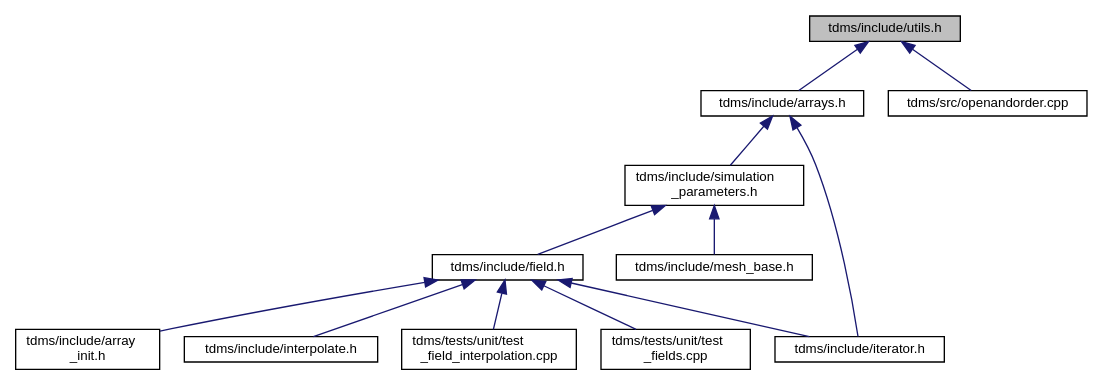
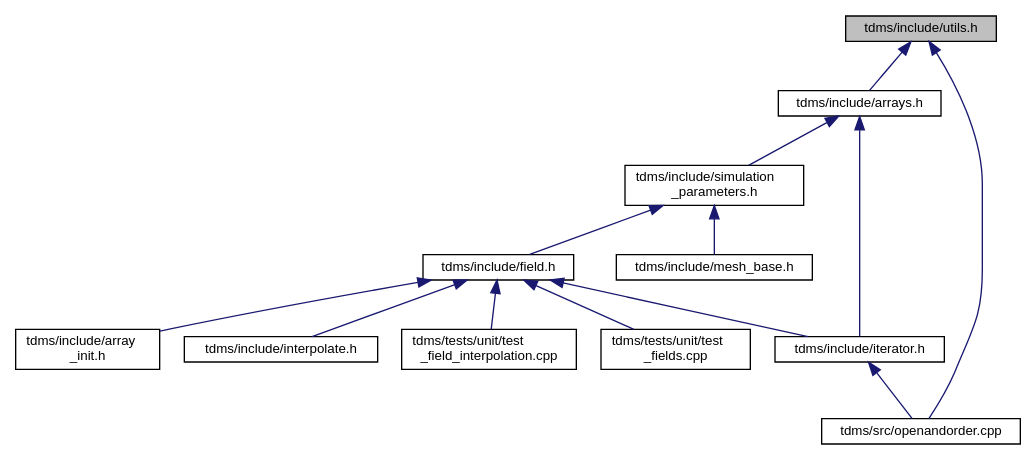
The diagram in utils_8h__dep__incl.dot (UCL/TDMS), drawn with Graphviz before and after one commit. The commit also changed 104 other files, not shown here.

```diff
--- a/utils_8h__dep__incl.dot
+++ b/utils_8h__dep__incl.dot
@@ -1,28 +1,29 @@
 digraph "tdms/include/utils.h"
 {
  // LATEX_PDF_SIZE
   edge [fontname="Helvetica",fontsize="10",labelfontname="Helvetica",labelfontsize="10"];
   node [fontname="Helvetica",fontsize="10",shape=record];
   Node1 [label="tdms/include/utils.h",height=0.2,width=0.4,color="black", fillcolor="grey75", style="filled", fontcolor="black",tooltip="Useful miscellaneous utility functions."];
   Node1 -> Node2 [dir="back",color="midnightblue",fontsize="10",style="solid",fontname="Helvetica"];
   Node2 [label="tdms/include/arrays.h",height=0.2,width=0.4,color="black", fillcolor="white", style="filled",URL="$arrays_8h.html",tooltip="Classes describing arrays, vertices etc."];
   Node2 -> Node3 [dir="back",color="midnightblue",fontsize="10",style="solid",fontname="Helvetica"];
   Node3 [label="tdms/include/simulation\l_parameters.h",height=0.2,width=0.4,color="black", fillcolor="white", style="filled",URL="$simulation__parameters_8h.html",tooltip="Classes collecting parameters for the simulation."];
   Node3 -> Node4 [dir="back",color="midnightblue",fontsize="10",style="solid",fontname="Helvetica"];
   Node4 [label="tdms/include/field.h",height=0.2,width=0.4,color="black", fillcolor="white", style="filled",URL="$field_8h.html",tooltip="Classes for the electric and magnetic (split) fields on a grid."];
   Node4 -> Node5 [dir="back",color="midnightblue",fontsize="10",style="solid",fontname="Helvetica"];
   Node5 [label="tdms/include/array\l_init.h",height=0.2,width=0.4,color="black", fillcolor="white", style="filled",URL="$array__init_8h.html",tooltip="A collection of functions for array initialisation given MATLAB pointers."];
   Node4 -> Node6 [dir="back",color="midnightblue",fontsize="10",style="solid",fontname="Helvetica"];
   Node6 [label="tdms/include/interpolate.h",height=0.2,width=0.4,color="black", fillcolor="white", style="filled",URL="$interpolate_8h.html",tooltip="Interpolation of field values within FDTD grid."];
   Node4 -> Node7 [dir="back",color="midnightblue",fontsize="10",style="solid",fontname="Helvetica"];
   Node7 [label="tdms/include/iterator.h",height=0.2,width=0.4,color="black", fillcolor="white", style="filled",URL="$iterator_8h.html",tooltip="The main time propogation algorithm."];
-  Node4 -> Node8 [dir="back",color="midnightblue",fontsize="10",style="solid",fontname="Helvetica"];
-  Node8 [label="tdms/tests/unit/test\l_field_interpolation.cpp",height=0.2,width=0.4,color="black", fillcolor="white", style="filled",URL="$test__field__interpolation_8cpp.html",tooltip="Tests interpolation of E- and H-fields and compares the errors against MATLAB benchmarks."];
+  Node7 -> Node8 [dir="back",color="midnightblue",fontsize="10",style="solid",fontname="Helvetica"];
+  Node8 [label="tdms/src/openandorder.cpp",height=0.2,width=0.4,color="black", fillcolor="white", style="filled",URL="$openandorder_8cpp.html",tooltip="Launch and file IO."];
   Node4 -> Node9 [dir="back",color="midnightblue",fontsize="10",style="solid",fontname="Helvetica"];
-  Node9 [label="tdms/tests/unit/test\l_fields.cpp",height=0.2,width=0.4,color="black", fillcolor="white", style="filled",URL="$test__fields_8cpp.html",tooltip="Test of the Field class and subclasses."];
-  Node3 -> Node10 [dir="back",color="midnightblue",fontsize="10",style="solid",fontname="Helvetica"];
-  Node10 [label="tdms/include/mesh_base.h",height=0.2,width=0.4,color="black", fillcolor="white", style="filled",URL="$mesh__base_8h.html",tooltip="Generation of orientated mesh."];
+  Node9 [label="tdms/tests/unit/test\l_field_interpolation.cpp",height=0.2,width=0.4,color="black", fillcolor="white", style="filled",URL="$test__field__interpolation_8cpp.html",tooltip="Tests interpolation of E- and H-fields and compares the errors against MATLAB benchmarks."];
+  Node4 -> Node10 [dir="back",color="midnightblue",fontsize="10",style="solid",fontname="Helvetica"];
+  Node10 [label="tdms/tests/unit/test\l_fields.cpp",height=0.2,width=0.4,color="black", fillcolor="white", style="filled",URL="$test__fields_8cpp.html",tooltip="Test of the Field class and subclasses."];
+  Node3 -> Node11 [dir="back",color="midnightblue",fontsize="10",style="solid",fontname="Helvetica"];
+  Node11 [label="tdms/include/mesh_base.h",height=0.2,width=0.4,color="black", fillcolor="white", style="filled",URL="$mesh__base_8h.html",tooltip="Generation of orientated mesh."];
   Node2 -> Node7 [dir="back",color="midnightblue",fontsize="10",style="solid",fontname="Helvetica"];
-  Node1 -> Node11 [dir="back",color="midnightblue",fontsize="10",style="solid",fontname="Helvetica"];
-  Node11 [label="tdms/src/openandorder.cpp",height=0.2,width=0.4,color="black", fillcolor="white", style="filled",URL="$openandorder_8cpp.html",tooltip="Launch and file IO."];
+  Node1 -> Node8 [dir="back",color="midnightblue",fontsize="10",style="solid",fontname="Helvetica"];
 }
```
